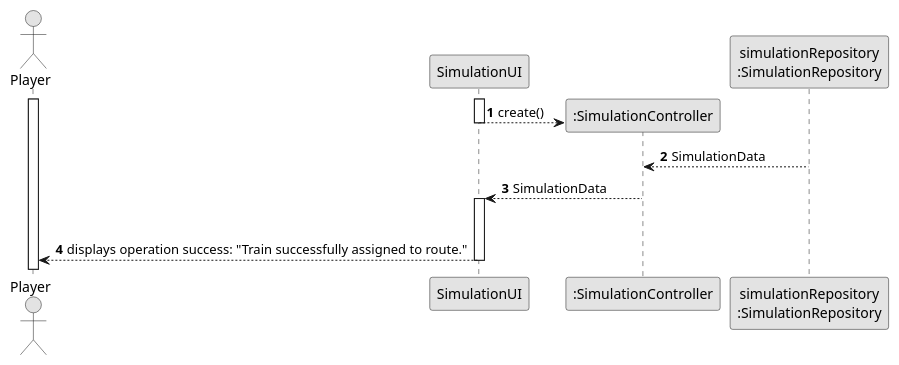
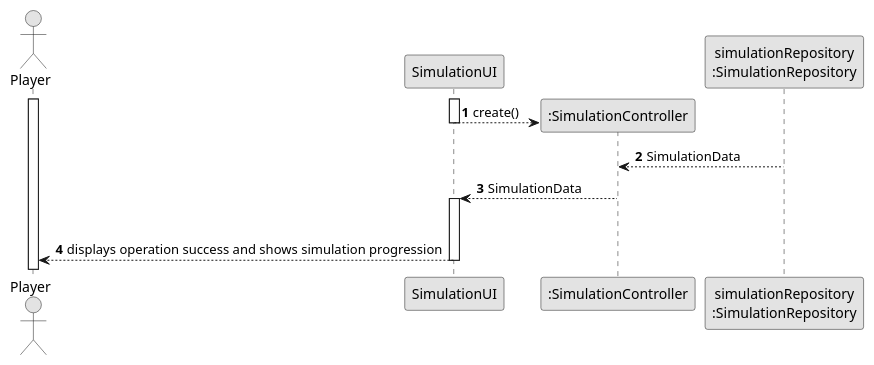
Before and after one commit to goncalolopesp/sem2-pi-24.25-g093-repo: the diagram in docs/system-documentation/US012/03.design/puml/US012-SD-displaySuccess.puml, drawn with PlantUML. The commit also changed 4 other files, not shown here.

```diff
--- a/docs/system-documentation/US012/03.design/puml/US012-SD-displaySuccess.puml
+++ b/docs/system-documentation/US012/03.design/puml/US012-SD-displaySuccess.puml
@@ -1,30 +1,30 @@
 @startuml
 skinparam monochrome true
 skinparam packageStyle rectangle
 skinparam shadowing false
 
 autonumber
 
 actor "Player" as Player
 participant "SimulationUI" as ATUI
 
 activate Player
 activate ATUI
 
 create ":SimulationController" as ATC
 
 participant "simulationRepository\n:SimulationRepository" as ATREPO
 
 ATUI --> ATC : create()
 deactivate ATUI
 
 ATREPO --> ATC : SimulationData
 deactivate ATREPO
 
 ATC --> ATUI : SimulationData
 activate ATUI
 deactivate ATC
 
-ATUI --> Player : displays operation success: "Train successfully assigned to route."
+ATUI --> Player : displays operation success and shows simulation progression
 deactivate ATUI
 @enduml
```
